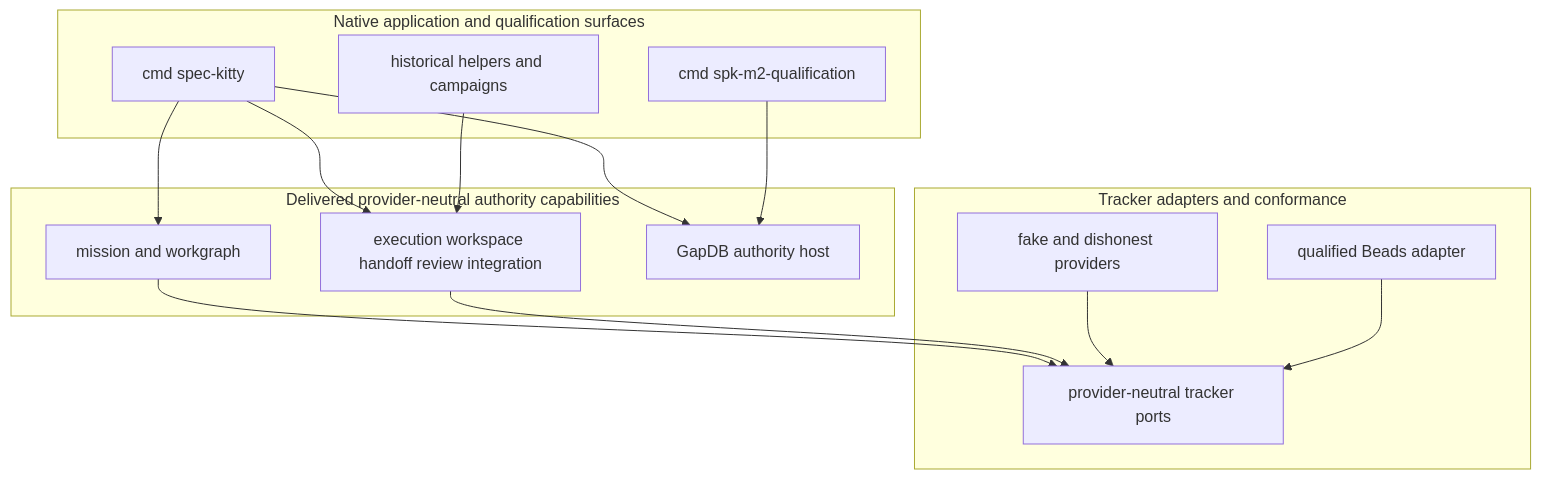
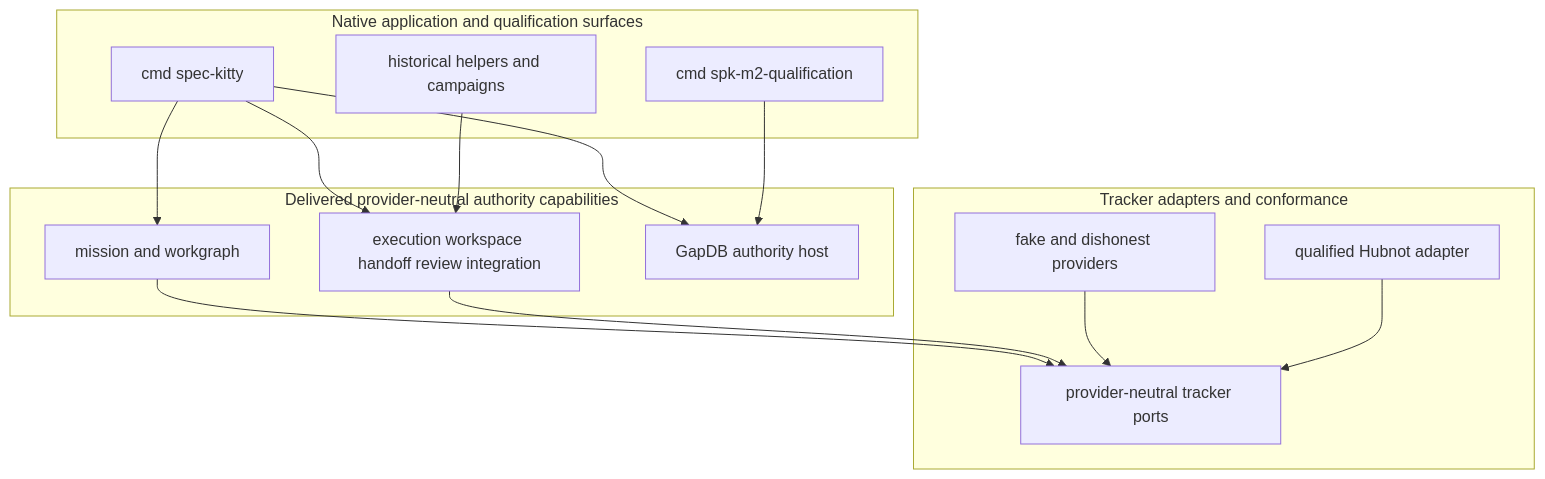
One commit to Ivan-Melck/spec-kitty-go changed the second of 3 diagrams in README.md. Above: the diagram before and after it, drawn with Mermaid. The commit also changed other lines of this file and 67 other files, not shown here.

Commit message:
Replace active Beads delivery and qualification with Hubnot

````diff
--- a/README.md
+++ b/README.md
@@ -134,30 +134,30 @@
 ```mermaid
 flowchart TB
     subgraph Surface[Native application and qualification surfaces]
         App[cmd spec-kitty]
         Qualifier[cmd spk-m2-qualification]
         Historical[historical helpers and campaigns]
     end
 
     subgraph Kernel[Delivered provider-neutral authority capabilities]
         Mission[mission and workgraph]
         Execution[execution workspace handoff review integration]
         Store[GapDB authority host]
     end
 
     subgraph Providers[Tracker adapters and conformance]
         Ports[provider-neutral tracker ports]
         Fake[fake and dishonest providers]
-        Beads[qualified Beads adapter]
+        Hubnot[qualified Hubnot adapter]
     end
 
     App --> Mission
     App --> Execution
     App --> Store
     Qualifier --> Store
     Historical --> Execution
     Mission --> Ports
     Execution --> Ports
     Fake --> Ports
-    Beads --> Ports
+    Hubnot --> Ports
 ```
````
